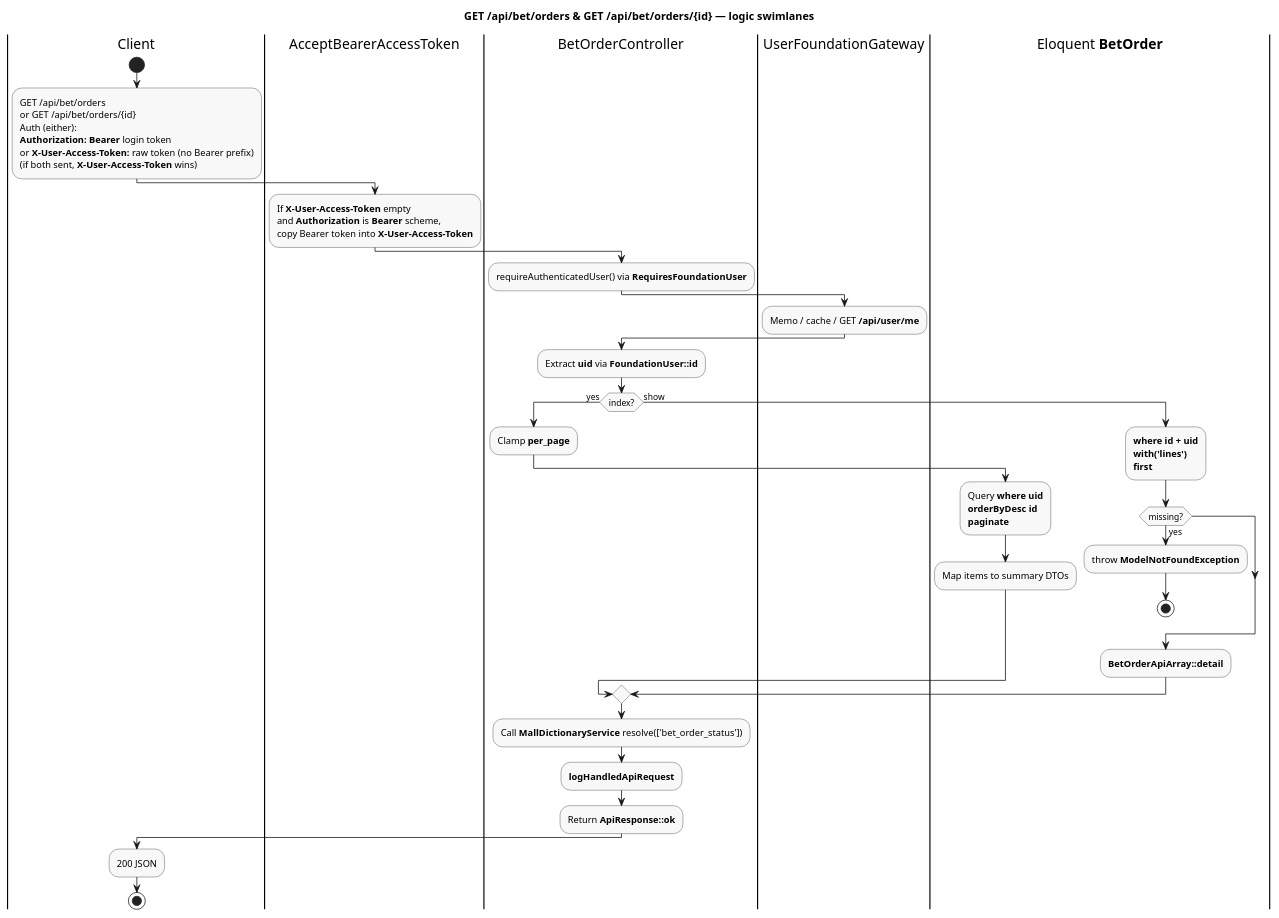
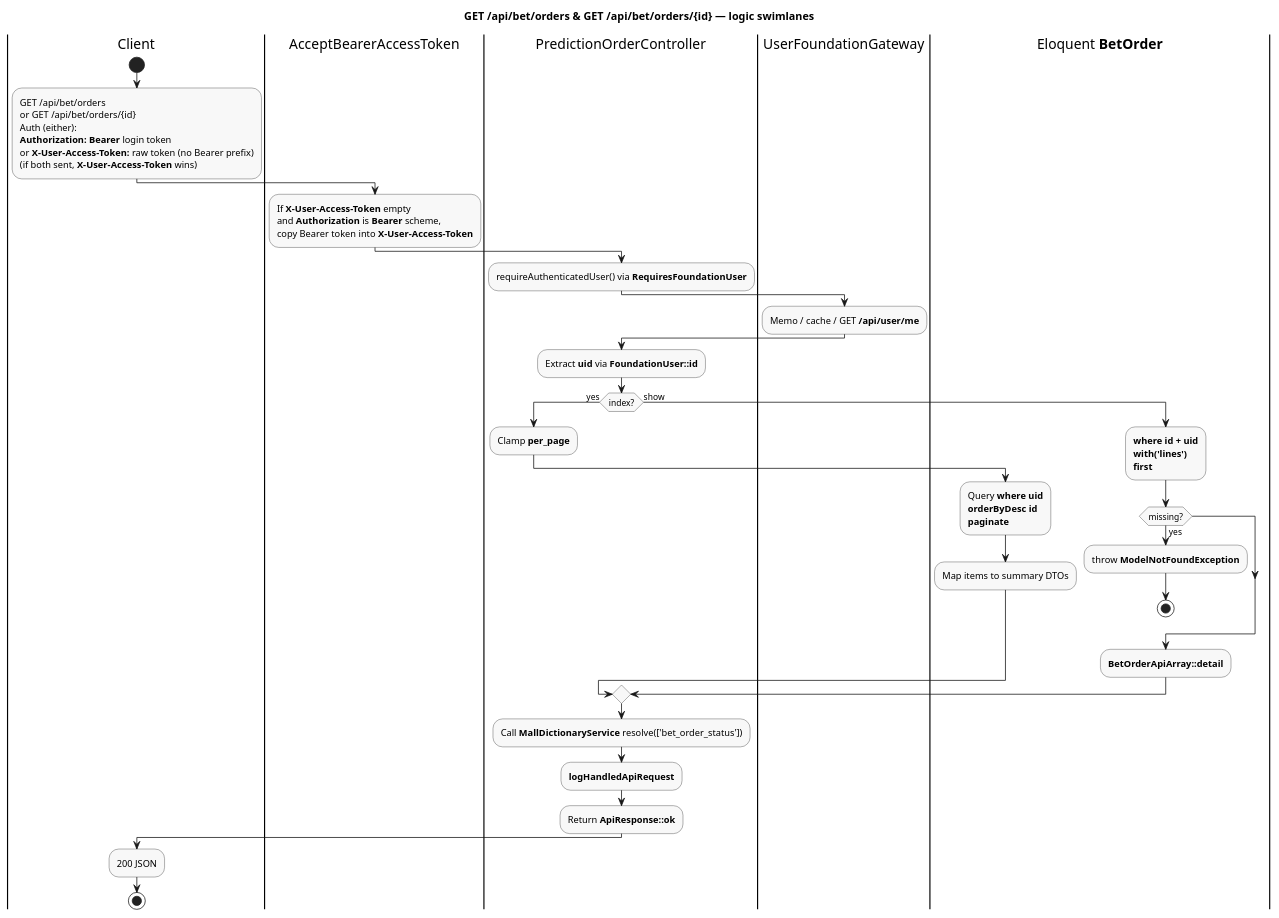
The diagram in docs/design/api-bet-orders.puml (zhang1career/bet-agg), drawn with PlantUML before and after one commit. The commit also changed 77 other files, not shown here.

```diff
--- a/docs/design/api-bet-orders.puml
+++ b/docs/design/api-bet-orders.puml
@@ -1,46 +1,46 @@
 @startuml api-bet-orders
 title GET /api/bet/orders & GET /api/bet/orders/{id} — logic swimlanes
 
 skinparam ActivityBackgroundColor #F8F8F8
 skinparam ActivityBorderColor #333333
 
 |Client|
 start
 :GET /api/bet/orders\nor GET /api/bet/orders/{id}\nAuth (either):\n**Authorization: Bearer** login token\nor **X-User-Access-Token:** raw token (no Bearer prefix)\n(if both sent, **X-User-Access-Token** wins);
 
 |AcceptBearerAccessToken|
 :If **X-User-Access-Token** empty\nand **Authorization** is **Bearer** scheme,\ncopy Bearer token into **X-User-Access-Token**;
 
-|BetOrderController|
+|PredictionOrderController|
 :requireAuthenticatedUser() via **RequiresFoundationUser**;
 |UserFoundationGateway|
 :Memo / cache / GET **/api/user/me**;
-|BetOrderController|
+|PredictionOrderController|
 :Extract **uid** via **FoundationUser::id**;
 
-|BetOrderController|
+|PredictionOrderController|
 if (index?) then (yes)
   :Clamp **per_page**;
   |Eloquent **BetOrder**|
   :Query **where uid**\n**orderByDesc id**\n**paginate**;
   :Map items to summary DTOs;
 else (show)
   |Eloquent **BetOrder**|
   :**where id + uid**\n**with('lines')**\n**first**;
   if (missing?) then (yes)
     :throw **ModelNotFoundException**;
     stop
   endif
   :**BetOrderApiArray::detail**;
 endif
 
-|BetOrderController|
+|PredictionOrderController|
 :Call **MallDictionaryService** resolve(['bet_order_status']);
 :**logHandledApiRequest**;
 :Return **ApiResponse::ok**;
 
 |Client|
 :200 JSON;
 stop
 
 @enduml
```
